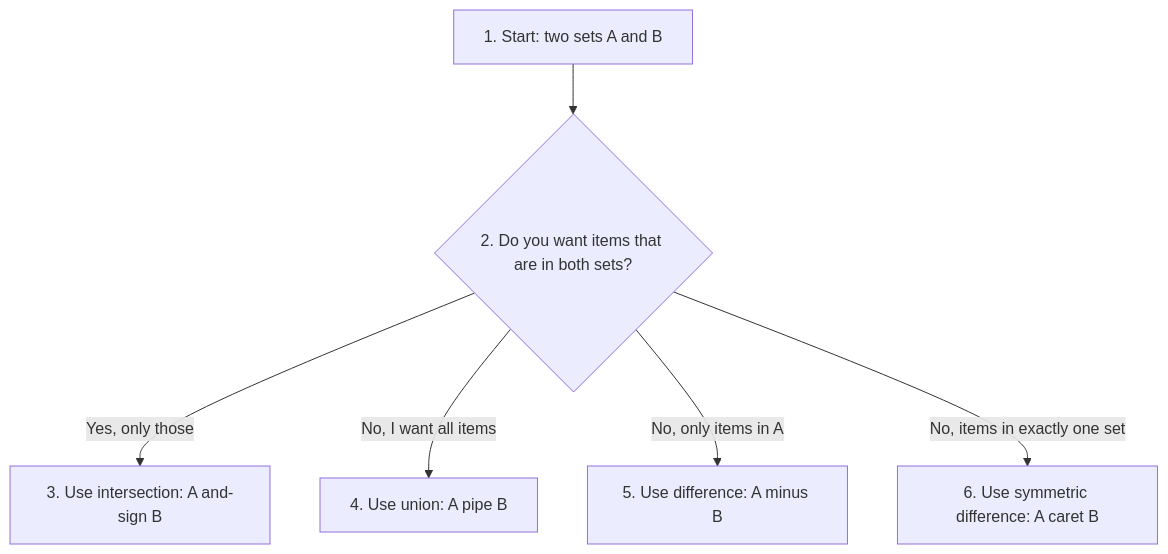
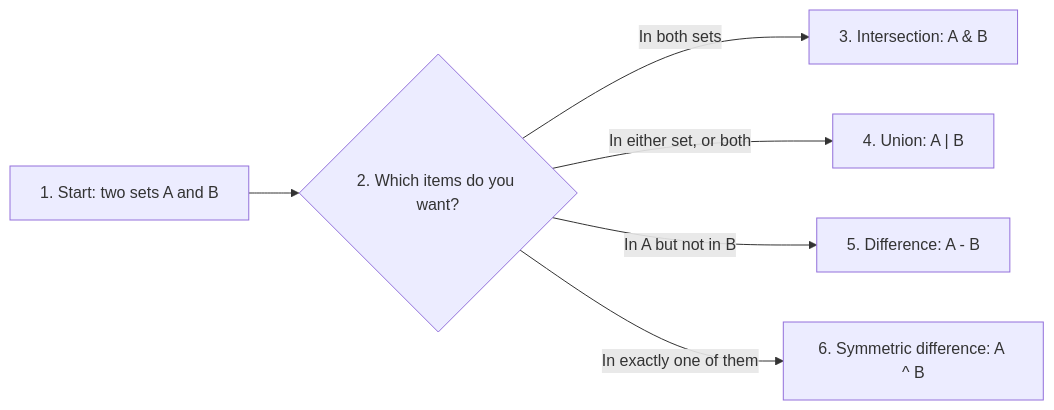
Before and after one commit to ag999git/001-mkdocs: the second of 2 diagrams in docs/03-operators/003-ch3-beyond-text.md, drawn with Mermaid. The commit also changed other lines of this file, not shown here.

Commit message:
Sync: Added index.md and updated chapters

````diff
--- a/docs/03-operators/003-ch3-beyond-text.md
+++ b/docs/03-operators/003-ch3-beyond-text.md
@@ -484,8 +486,8 @@
 ```mermaid
-flowchart TD
-    A["1. Start: two sets A and B"] --> B{"2. Do you want items that are in both sets?"}
-    B -->|"Yes, only those"| C["3. Use intersection: A and-sign B"]
-    B -->|"No, I want all items"| D["4. Use union: A pipe B"]
-    B -->|"No, only items in A"| E["5. Use difference: A minus B"]
-    B -->|"No, items in exactly one set"| F["6. Use symmetric difference: A caret B"]
+flowchart LR
+    A["1. Start: two sets A and B"] --> B{"2. Which items do you want?"}
+    B -- "In both sets" --> C["3. Intersection: A & B"]
+    B -- "In either set, or both" --> D["4. Union: A | B"]
+    B -- "In A but not in B" --> E["5. Difference: A - B"]
+    B -- "In exactly one of them" --> F["6. Symmetric difference: A ^ B"]
 ```
````
